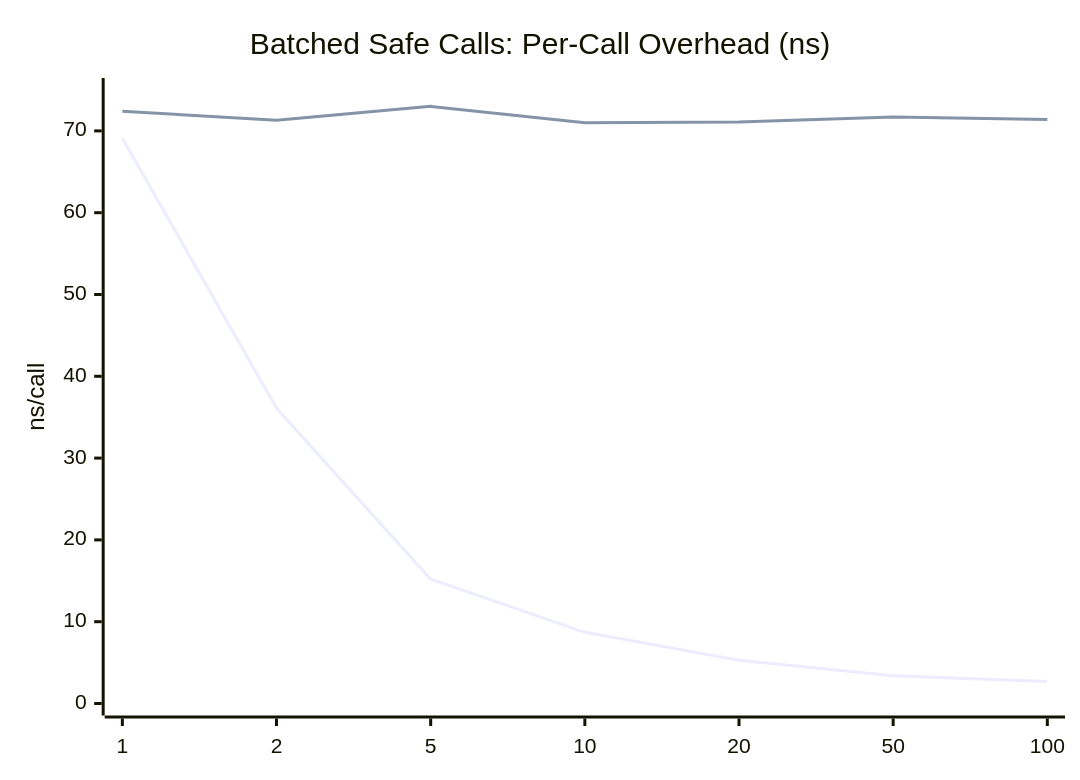
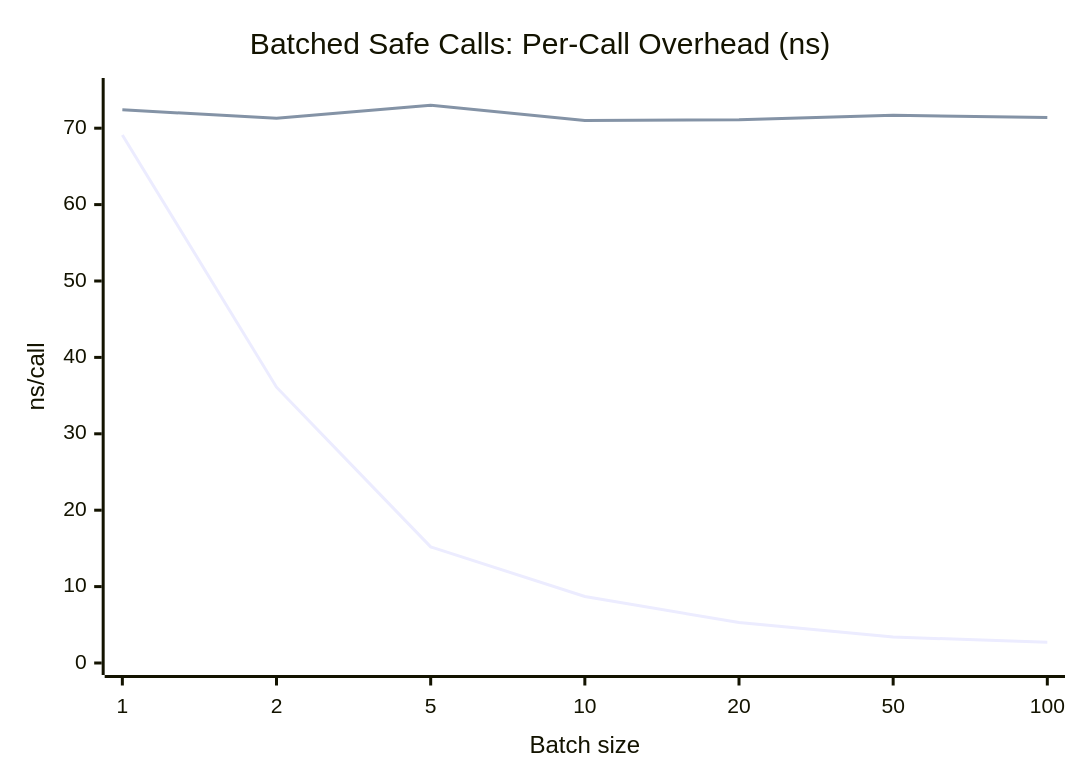
The fourth of 6 diagrams in index.md (jhhuh/ghc-openmp), drawn with Mermaid before and after one commit. The commit also changed other lines of this file and 1 other file, not shown here.

First line of the commit message:
Fix architecture snake layout and add labels to all chart series

```diff
--- a/index.md
+++ b/index.md
@@ -744,8 +742,8 @@
 <pre class="mermaid">
 xychart-beta
   title "Batched Safe Calls: Per-Call Overhead (ns)"
-  x-axis ["1", "2", "5", "10", "20", "50", "100"]
+  x-axis "Batch size" ["1", "2", "5", "10", "20", "50", "100"]
   y-axis "ns/call" 0 --> 75
-  line [69.1, 36.1, 15.2, 8.7, 5.3, 3.4, 2.7]
-  line [72.4, 71.3, 73.0, 71.0, 71.1, 71.7, 71.4]
+  line "Cmm batched" [69.1, 36.1, 15.2, 8.7, 5.3, 3.4, 2.7]
+  line "Standard safe" [72.4, 71.3, 73.0, 71.0, 71.1, 71.7, 71.4]
 </pre>
```
